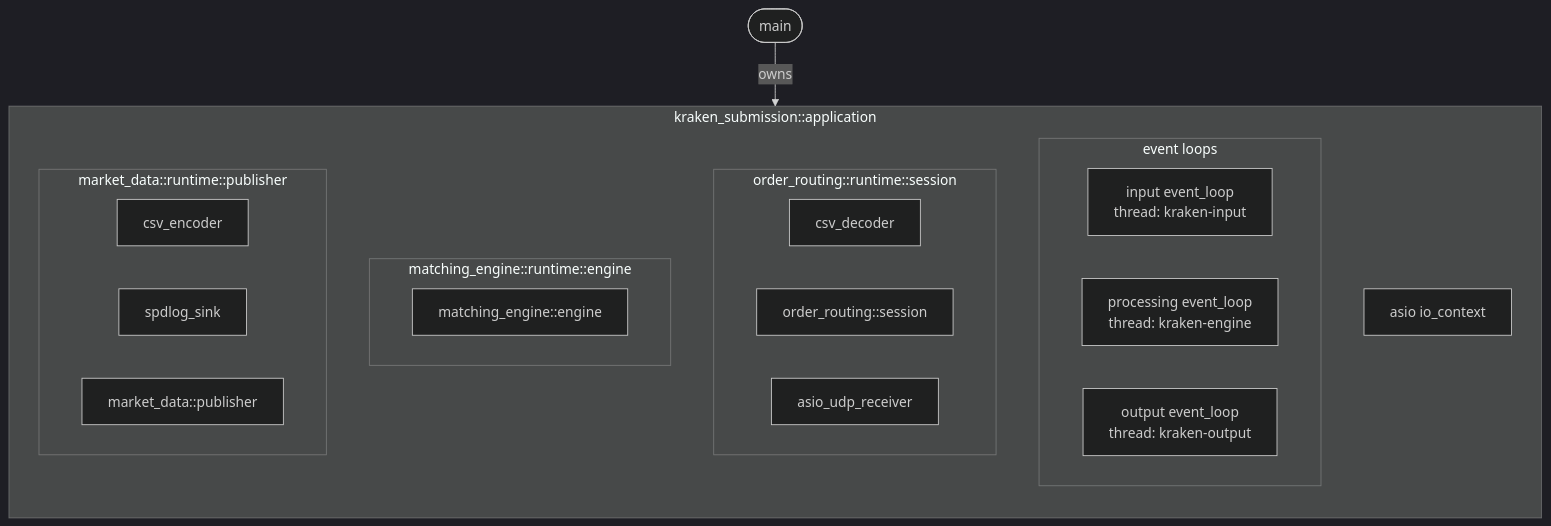
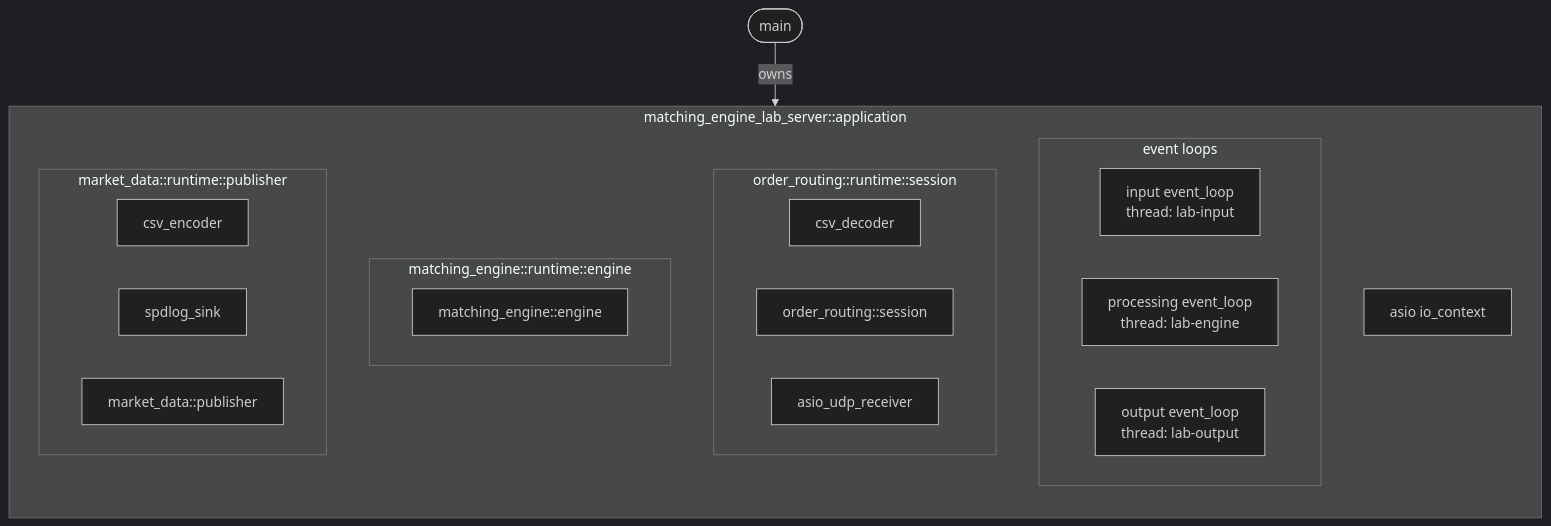
One commit to indiosmo/cpp-demo-build changed the first of 2 diagrams in docs/runtime-startup.md. Above: the diagram before and after it, drawn with Mermaid (dark theme). The commit also changed other lines of this file and 302 other files, not shown here.

````diff
--- a/docs/runtime-startup.md
+++ b/docs/runtime-startup.md
@@ -32,38 +32,38 @@
 ```mermaid
 flowchart TB
   main([main])
 
-  subgraph application[kraken_submission::application]
+  subgraph application[matching_engine_lab_server::application]
     direction TB
 
     subgraph loops[event loops]
       direction LR
-      input_loop[input event_loop<br/>thread: kraken-input]
-      processing_loop[processing event_loop<br/>thread: kraken-engine]
-      output_loop[output event_loop<br/>thread: kraken-output]
+      input_loop[input event_loop<br/>thread: lab-input]
+      processing_loop[processing event_loop<br/>thread: lab-engine]
+      output_loop[output event_loop<br/>thread: lab-output]
     end
 
     io_context[asio io_context]
 
     subgraph routing[order_routing::runtime::session]
       direction LR
       decoder[csv_decoder]
       inner_session[order_routing::session]
       receiver[asio_udp_receiver]
     end
 
     subgraph engine_box[matching_engine::runtime::engine]
       direction LR
       engine_stage[matching_engine::engine]
     end
 
     subgraph publisher_box[market_data::runtime::publisher]
       direction LR
       encoder[csv_encoder]
       sink[spdlog_sink]
       inner_publisher[market_data::publisher]
     end
   end
 
   main -->|owns| application
 ```
````
